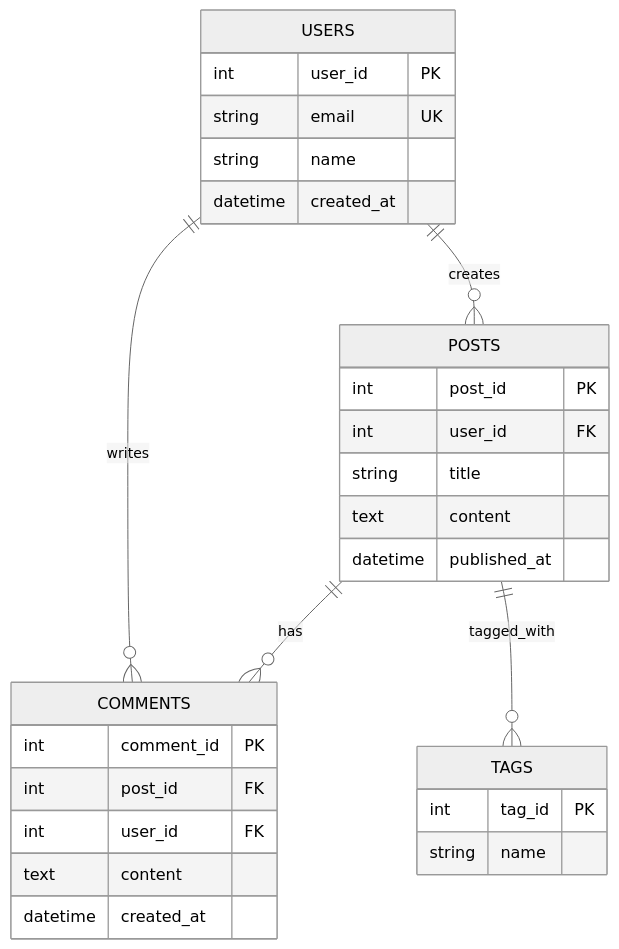
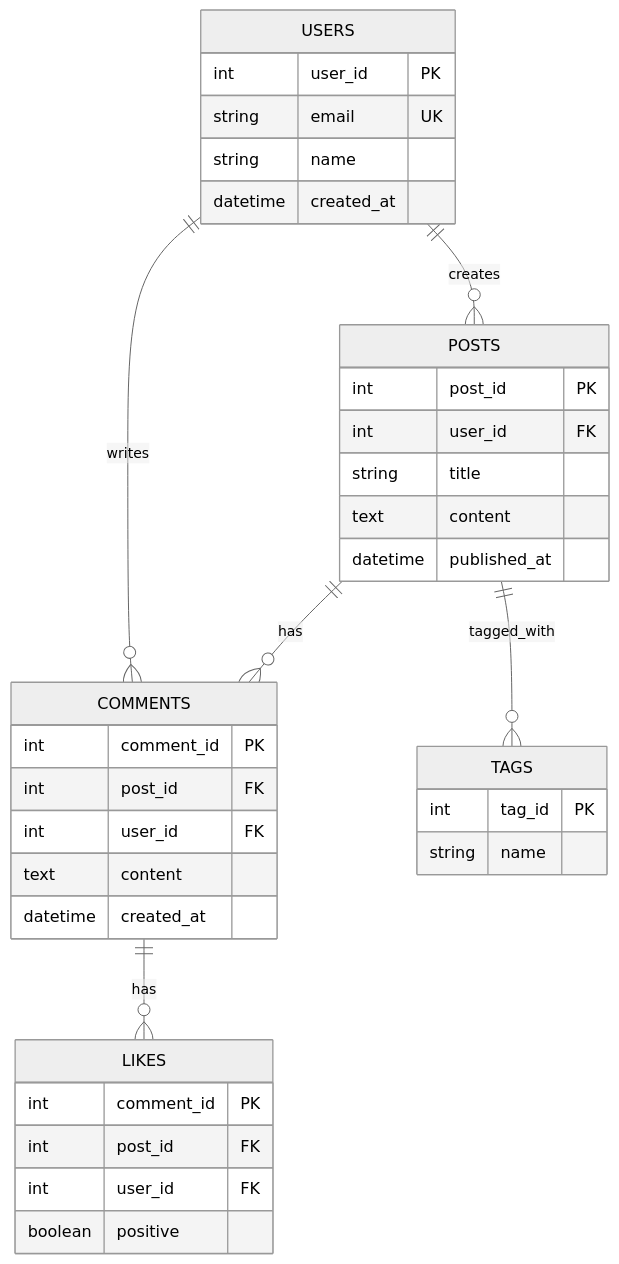
The diagram in samples/02-intermediate/entity-relationship.md (TheFlow0360/mermaidjs-sample), drawn with Mermaid (neutral theme) before and after one commit.

````diff
--- a/samples/02-intermediate/entity-relationship.md
+++ b/samples/02-intermediate/entity-relationship.md
@@ -18,35 +18,43 @@
 ```mermaid
 erDiagram
     USERS ||--o{ POSTS : creates
     USERS ||--o{ COMMENTS : writes
     POSTS ||--o{ COMMENTS : has
     POSTS ||--o{ TAGS : tagged_with
+    COMMENTS ||--o{ LIKES : has
 
     USERS {
         int user_id PK
         string email UK
         string name
         datetime created_at
     }
 
     POSTS {
         int post_id PK
         int user_id FK
         string title
         text content
         datetime published_at
     }
 
     COMMENTS {
         int comment_id PK
         int post_id FK
         int user_id FK
         text content
         datetime created_at
     }
 
+    LIKES {
+        int comment_id PK
+        int post_id FK
+        int user_id FK
+        boolean positive
+    }
+
     TAGS {
         int tag_id PK
         string name
     }
 ```
````
